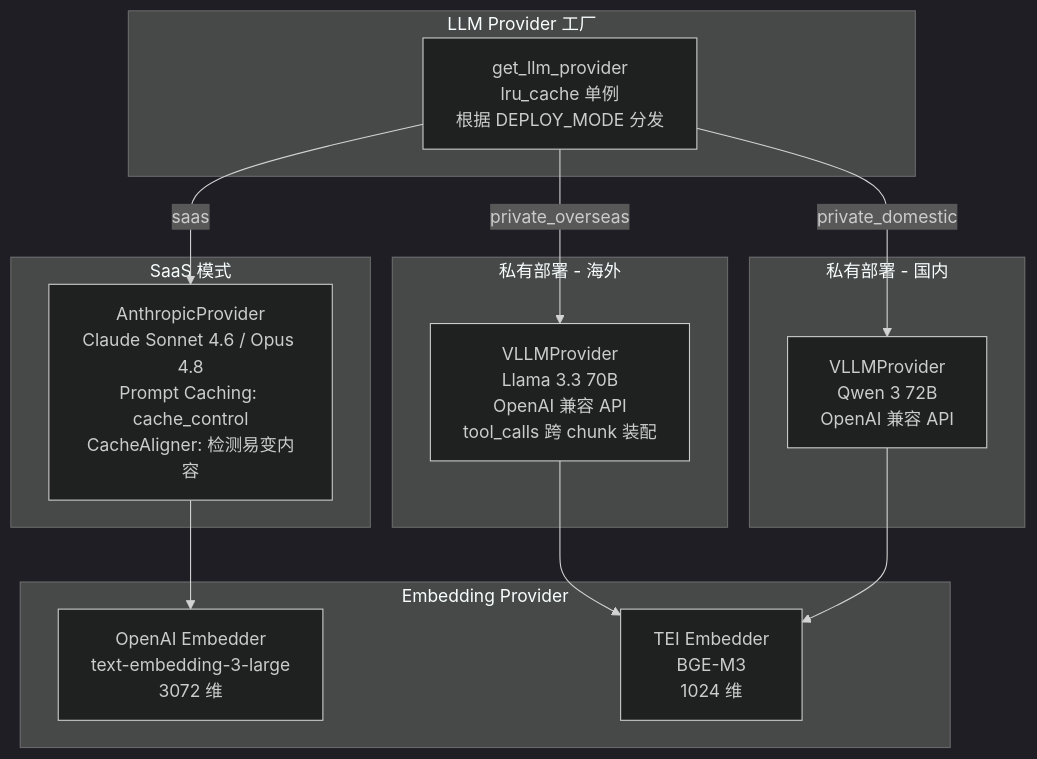
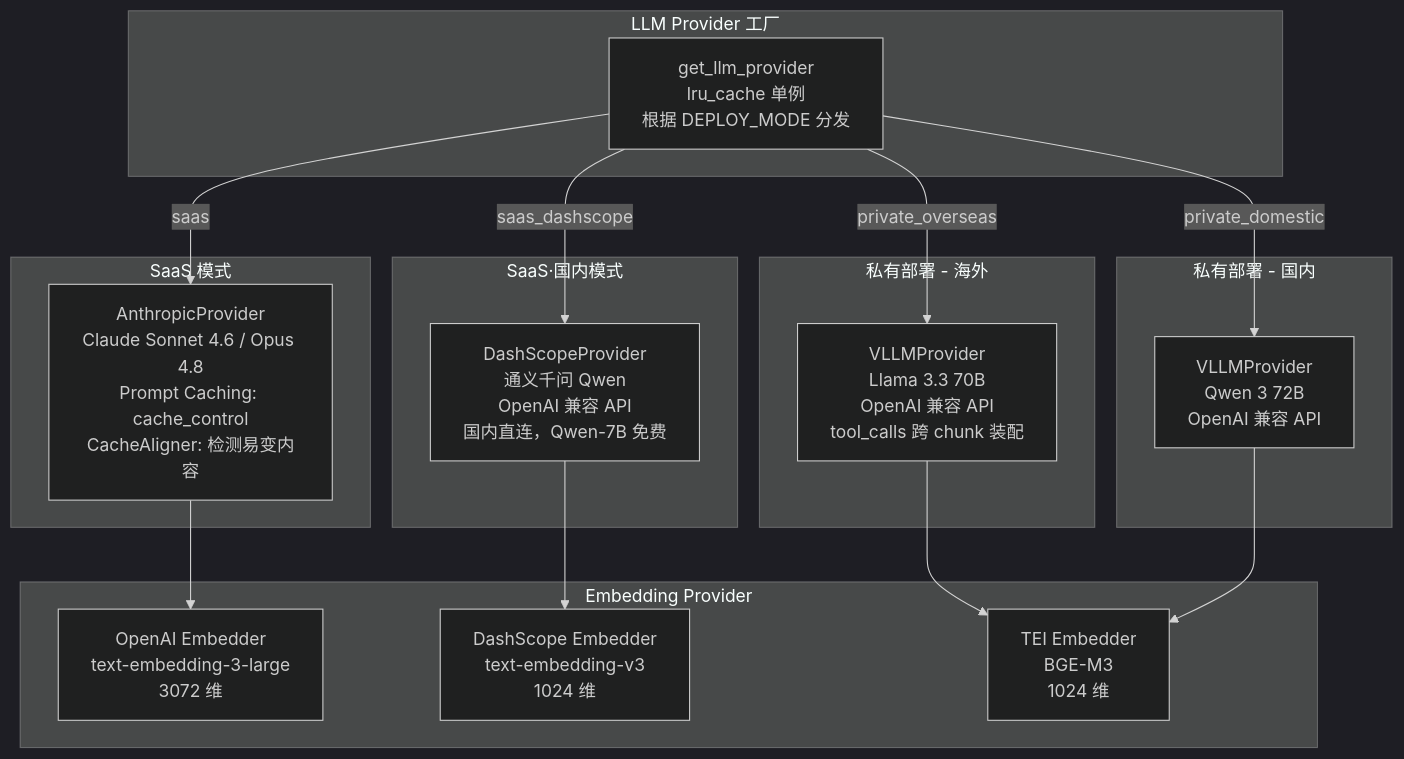
One commit to jamesfeng2009/KnowledgeBase changed diagram 24 of 26 in README.md. Above: the diagram before and after it, drawn with Mermaid (dark theme). The commit also changed other lines of this file and 6 other files, not shown here.

First line of the commit message:
feat: 新增 saas_dashscope 部署模式 — 通义千问 DashScope Provider

````diff
--- a/README.md
+++ b/README.md
@@ -1136,31 +1138,38 @@
 ```mermaid
 graph TB
     subgraph "LLM Provider 工厂"
         FACTORY[get_llm_provider<br/>lru_cache 单例<br/>根据 DEPLOY_MODE 分发]
     end
 
     subgraph "SaaS 模式"
         ANTHROPIC[AnthropicProvider<br/>Claude Sonnet 4.6 / Opus 4.8<br/>Prompt Caching: cache_control<br/>CacheAligner: 检测易变内容]
+    end
+
+    subgraph "SaaS·国内模式"
+        DASHSCOPE[DashScopeProvider<br/>通义千问 Qwen<br/>OpenAI 兼容 API<br/>国内直连，Qwen-7B 免费]
     end
 
     subgraph "私有部署 - 海外"
         VLLM_OVERSEAS[VLLMProvider<br/>Llama 3.3 70B<br/>OpenAI 兼容 API<br/>tool_calls 跨 chunk 装配]
     end
 
     subgraph "私有部署 - 国内"
         VLLM_DOMESTIC[VLLMProvider<br/>Qwen 3 72B<br/>OpenAI 兼容 API]
     end
 
     subgraph "Embedding Provider"
         EMBED_OPENAI[OpenAI Embedder<br/>text-embedding-3-large<br/>3072 维]
+        EMBED_DASHSCOPE[DashScope Embedder<br/>text-embedding-v3<br/>1024 维]
         EMBED_TEI[TEI Embedder<br/>BGE-M3<br/>1024 维]
     end
 
     FACTORY -->|saas| ANTHROPIC
+    FACTORY -->|saas_dashscope| DASHSCOPE
     FACTORY -->|private_overseas| VLLM_OVERSEAS
     FACTORY -->|private_domestic| VLLM_DOMESTIC
 
     ANTHROPIC --> EMBED_OPENAI
+    DASHSCOPE --> EMBED_DASHSCOPE
     VLLM_OVERSEAS --> EMBED_TEI
     VLLM_DOMESTIC --> EMBED_TEI
 ```
````
